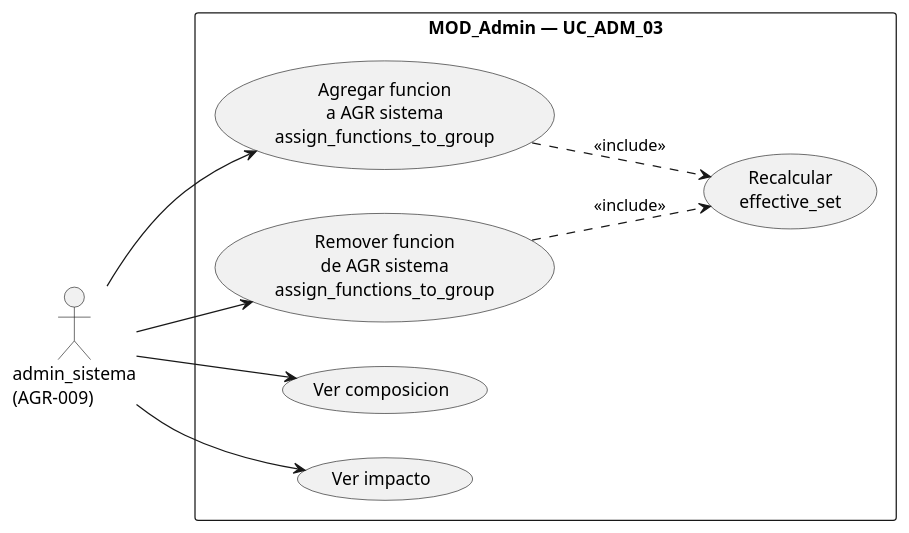
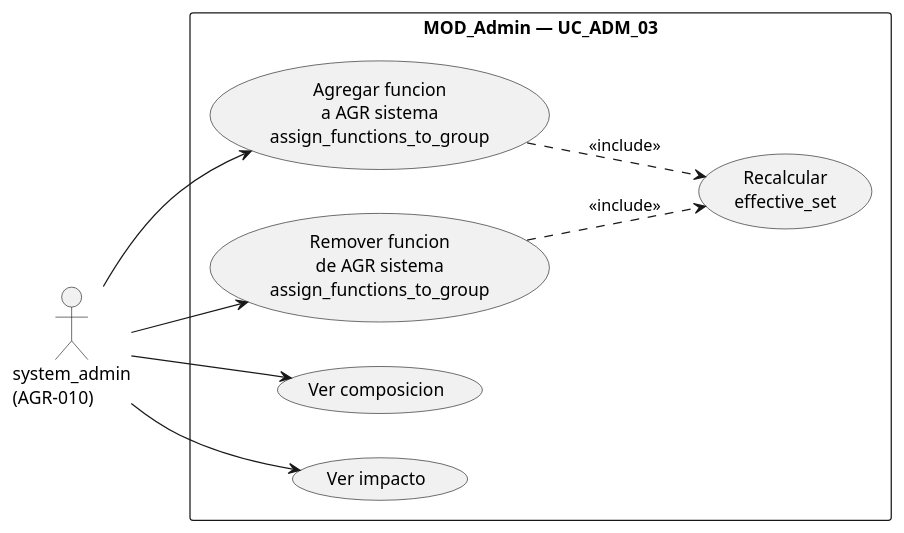
The diagram in source/requisitos/casos-uso/admin/uc-adm-03/diagramas-uml/caso-de-uso.rst (jcg-admin/IACT-docs), drawn with PlantUML before and after one commit. The commit also changed 43 other files, not shown here.

First line of the commit message:
Highlight MOD_Admin as NEW v5.6.0 + fix AGR-009→AGR-010 in admin docs

```diff
--- a/source/requisitos/casos-uso/admin/uc-adm-03/diagramas-uml/caso-de-uso.rst
+++ b/source/requisitos/casos-uso/admin/uc-adm-03/diagramas-uml/caso-de-uso.rst
@@ -4,19 +4,19 @@
 .. uml::
 
  @startuml
  left to right direction
- actor "admin_sistema\n(AGR-009)" as admin
+ actor "system_admin\n(AGR-010)" as admin
  rectangle "MOD_Admin — UC_ADM_03" {
    usecase "Agregar funcion\na AGR sistema\nassign_functions_to_group" as Add
    usecase "Remover funcion\nde AGR sistema\nassign_functions_to_group" as Remove
    usecase "Ver composicion" as View
    usecase "Ver impacto" as Impact
    usecase "Recalcular\neffective_set" as Recalc
  }
  admin --> Add
  admin --> Remove
  admin --> View
  admin --> Impact
  Add ..> Recalc : <<include>>
  Remove ..> Recalc : <<include>>
  @enduml
```
